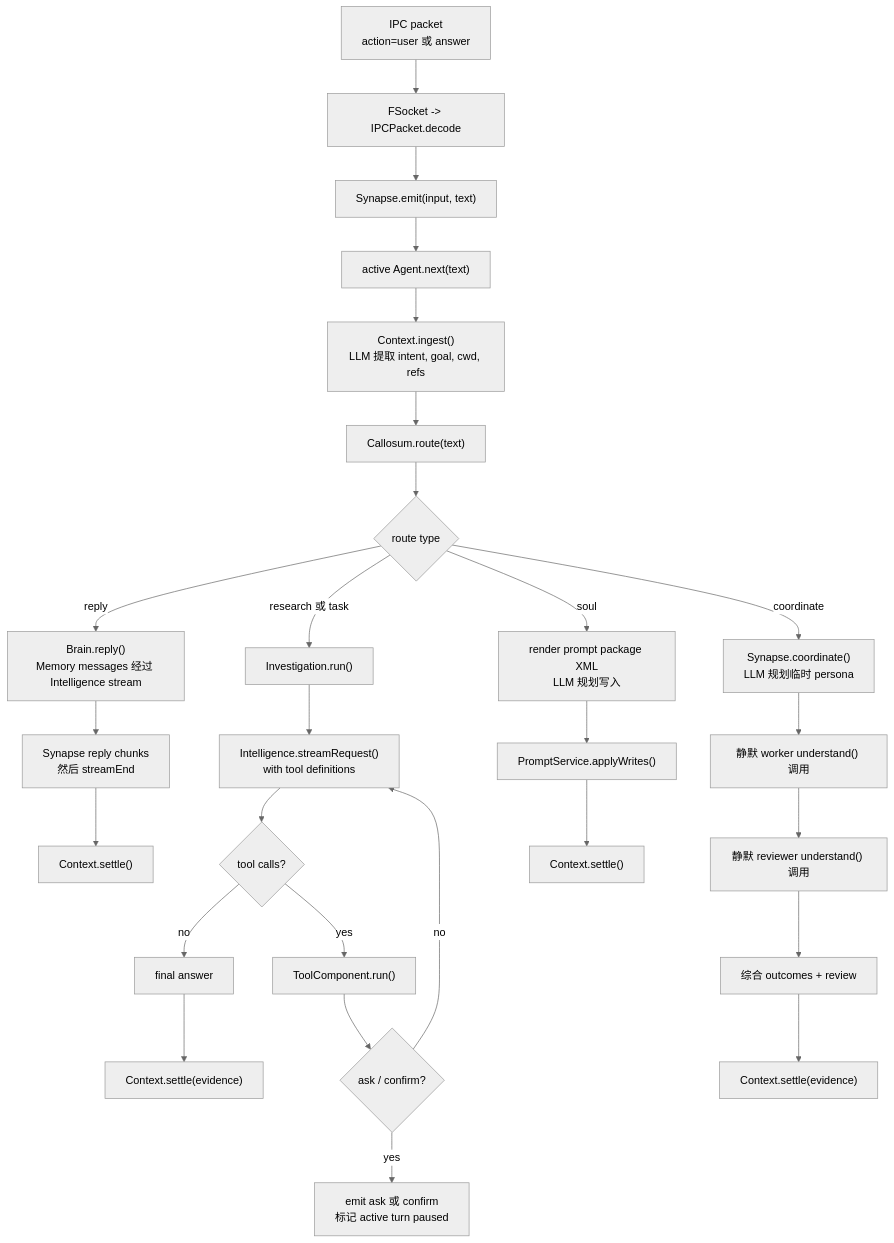
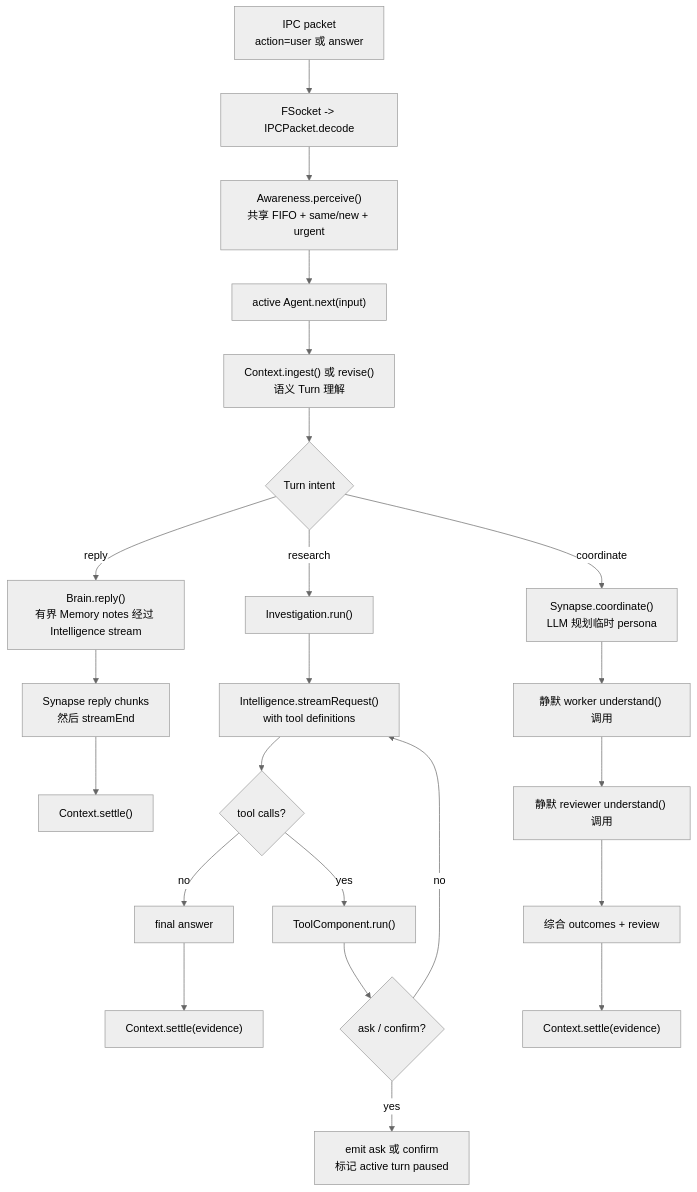
One commit to flyflor/flyflor changed the third of 3 diagrams in README.zh.cn.md. Above: the diagram before and after it, drawn with Mermaid (neutral theme). The commit also changed other lines of this file and 54 other files, not shown here.

````diff
--- a/README.zh.cn.md
+++ b/README.zh.cn.md
@@ -74,33 +75,28 @@
 ```mermaid
 flowchart TD
     User["IPC packet<br/>action=user 或 answer"] --> Decode["FSocket -> IPCPacket.decode"]
-    Decode --> Input["Synapse.emit(input, text)"]
-    Input --> AgentNext["active Agent.next(text)"]
-    AgentNext --> Ingest["Context.ingest()<br/>LLM 提取 intent, goal, cwd, refs"]
-    Ingest --> Route["Callosum.route(text)"]
+    Decode --> Gate["Awareness.perceive()<br/>共享 FIFO + same/new + urgent"]
+    Gate --> AgentNext["active Agent.next(input)"]
+    AgentNext --> Ingest["Context.ingest() 或 revise()<br/>语义 Turn 理解"]
 
-    Route --> Choice{"route type"}
-    Choice -- reply --> Reply["Brain.reply()<br/>Memory messages 经过 Intelligence stream"]
+    Ingest --> Choice{"Turn intent"}
+    Choice -- reply --> Reply["Brain.reply()<br/>有界 Memory notes 经过 Intelligence stream"]
     Reply --> ReplyOut["Synapse reply chunks<br/>然后 streamEnd"]
     ReplyOut --> Settle1["Context.settle()"]
 
-    Choice -- research 或 task --> Research["Investigation.run()"]
+    Choice -- research --> Research["Investigation.run()"]
     Research --> LlmTools["Intelligence.streamRequest()<br/>with tool definitions"]
     LlmTools --> HasAction{"tool calls?"}
     HasAction -- no --> FinalAnswer["final answer"]
     HasAction -- yes --> RunTool["ToolComponent.run()"]
     RunTool --> Pause{"ask / confirm?"}
     Pause -- yes --> UserPause["emit ask 或 confirm<br/>标记 active turn paused"]
     Pause -- no --> LlmTools
     FinalAnswer --> Settle2["Context.settle(evidence)"]
 
-    Choice -- soul --> Soul["render prompt package XML<br/>LLM 规划写入"]
-    Soul --> Apply["PromptService.applyWrites()"]
-    Apply --> Settle3["Context.settle()"]
-
     Choice -- coordinate --> Coordinate["Synapse.coordinate()<br/>LLM 规划临时 persona"]
     Coordinate --> Workers["静默 worker understand() 调用"]
     Workers --> Review["静默 reviewer understand() 调用"]
     Review --> Synthesis["综合 outcomes + review"]
     Synthesis --> Settle4["Context.settle(evidence)"]
 ```
````
